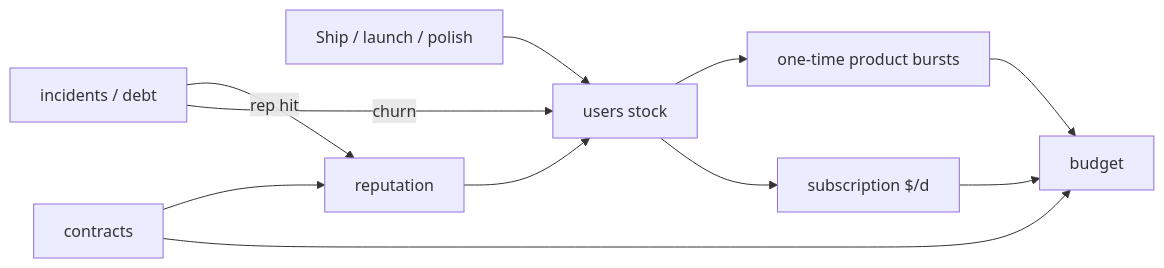
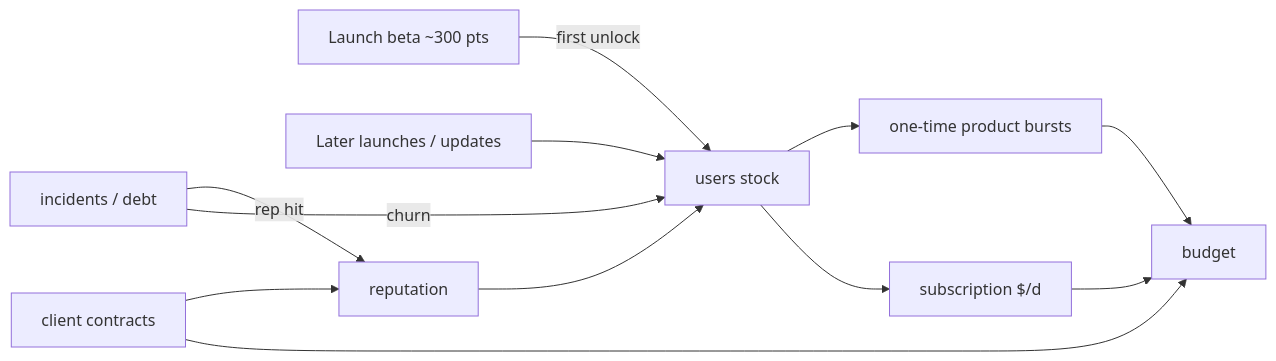
Before and after one commit to anne-markis/software-factory-the-game: the third of 3 diagrams in docs/superpowers/specs/2026-08-11-p02-decision-graph-plan.md, drawn with Mermaid. The commit also changed other lines of this file, not shown here.

First line of the commit message:
Settle users-after-beta launch and sketch projects by era.

````diff
--- a/docs/superpowers/specs/2026-08-11-p02-decision-graph-plan.md
+++ b/docs/superpowers/specs/2026-08-11-p02-decision-graph-plan.md
@@ -528,13 +528,14 @@
 ```mermaid
 flowchart LR
-  ship[Ship / launch / polish] --> users[users stock]
+  beta[Launch beta ~300 pts] -->|first unlock| users[users stock]
+  polish[Later launches / updates] --> users
   rep[reputation] --> users
   users --> sub[subscription $/d]
   users --> ot[one-time product bursts]
   sub --> budget[budget]
   ot --> budget
-  contracts[contracts] --> budget
+  contracts[client contracts] --> budget
   contracts --> rep
   incident[incidents / debt] -->|churn| users
   incident -->|rep hit| rep
 ```
````
